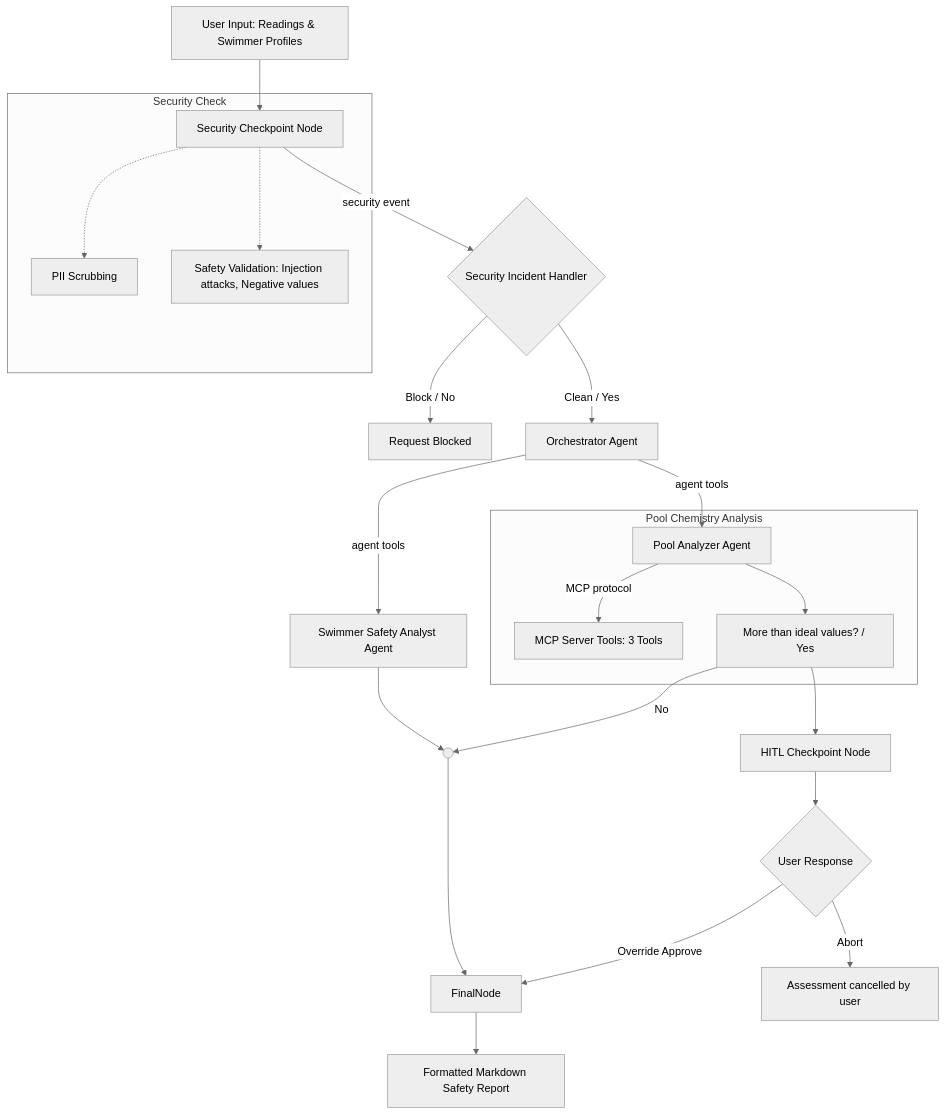
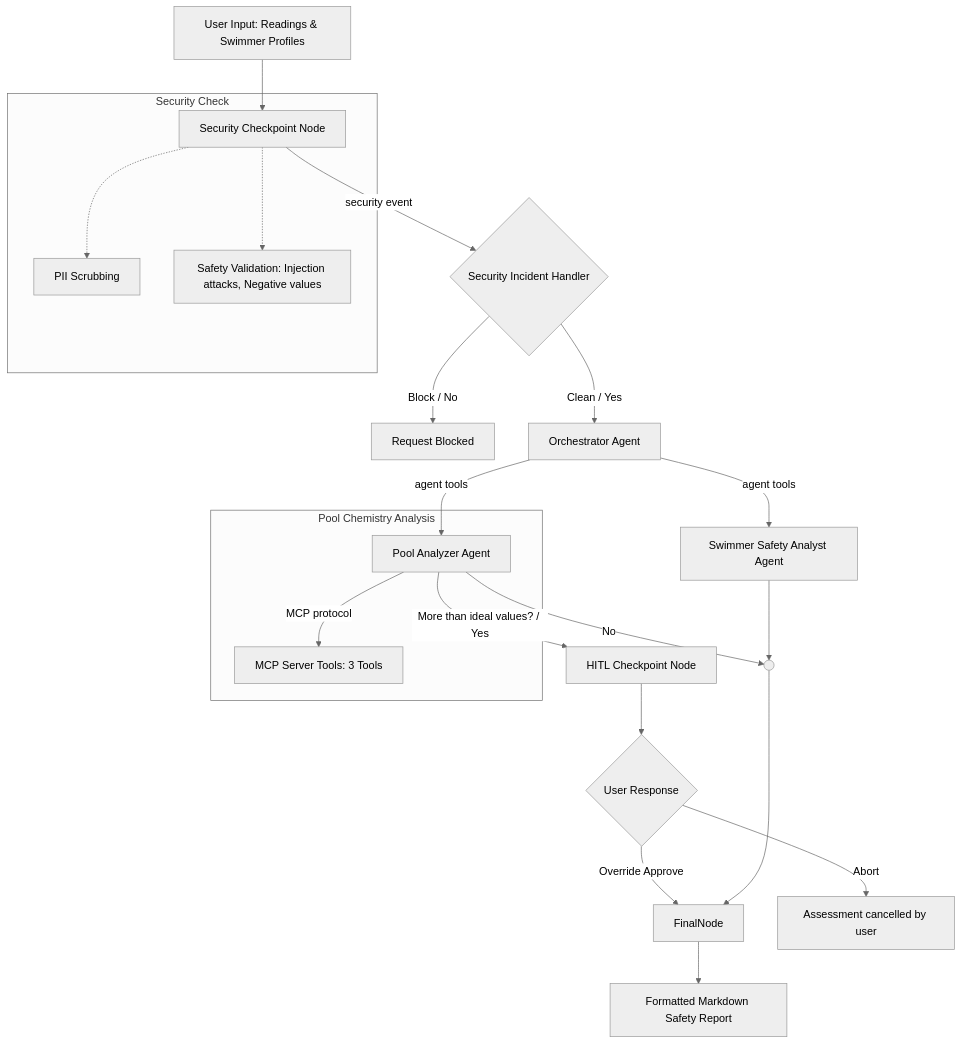
Before and after one commit to sowmyaguda/SwimsafeAI: the diagram in README.md, drawn with Mermaid (neutral theme).

Commit message:
Fix Mermaid diagram to make More than ideal values a label rather than a node

````diff
--- a/README.md
+++ b/README.md
@@ -51,40 +51,37 @@
 ```mermaid
 graph TD
     START[User Input: Readings & Swimmer Profiles] --> SecCheck[Security Checkpoint Node]
     
     subgraph Security Check
         SecCheck
         PII[PII Scrubbing]
         Val[Safety Validation: Injection attacks, Negative values]
         SecCheck -.-> PII
         SecCheck -.-> Val
     end
 
     SecCheck -->|security event| SecHandler{Security Incident Handler}
     SecHandler -->|Block / No| Blocked[Request Blocked]
     SecHandler -->|Clean / Yes| Orch[Orchestrator Agent]
     
     Orch -->|agent tools| PoolAna
     Orch -->|agent tools| SwimAna[Swimmer Safety Analyst Agent]
     
     subgraph Pool Chemistry Analysis
         PoolAna[Pool Analyzer Agent]
         MCPServer[MCP Server Tools: 3 Tools]
-        MoreThan[More than ideal values? / Yes]
-        
         PoolAna -->|MCP protocol| MCPServer
-        PoolAna --> MoreThan
     end
     
-    MoreThan --> HITL[HITL Checkpoint Node]
-    MoreThan -->|No| Join(( ))
+    PoolAna -->|More than ideal values? / Yes| HITL[HITL Checkpoint Node]
+    PoolAna -->|No| Join(( ))
     SwimAna --> Join
     
     HITL --> UserConfirm{User Response}
     UserConfirm -->|Override Approve| FinalNode[FinalNode]
     UserConfirm -->|Abort| Cancelled[Assessment cancelled by user]
     
     Join --> FinalNode
     
     FinalNode --> Output[Formatted Markdown Safety Report]
 ```
````
